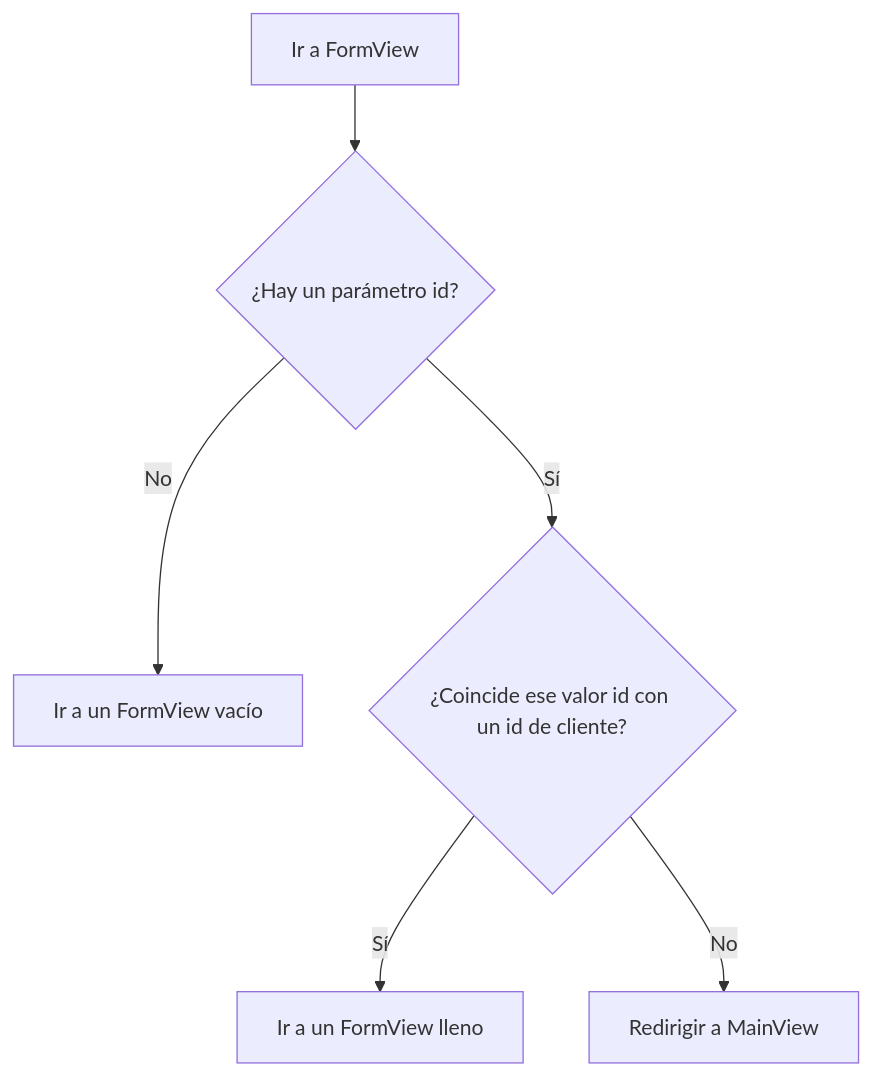
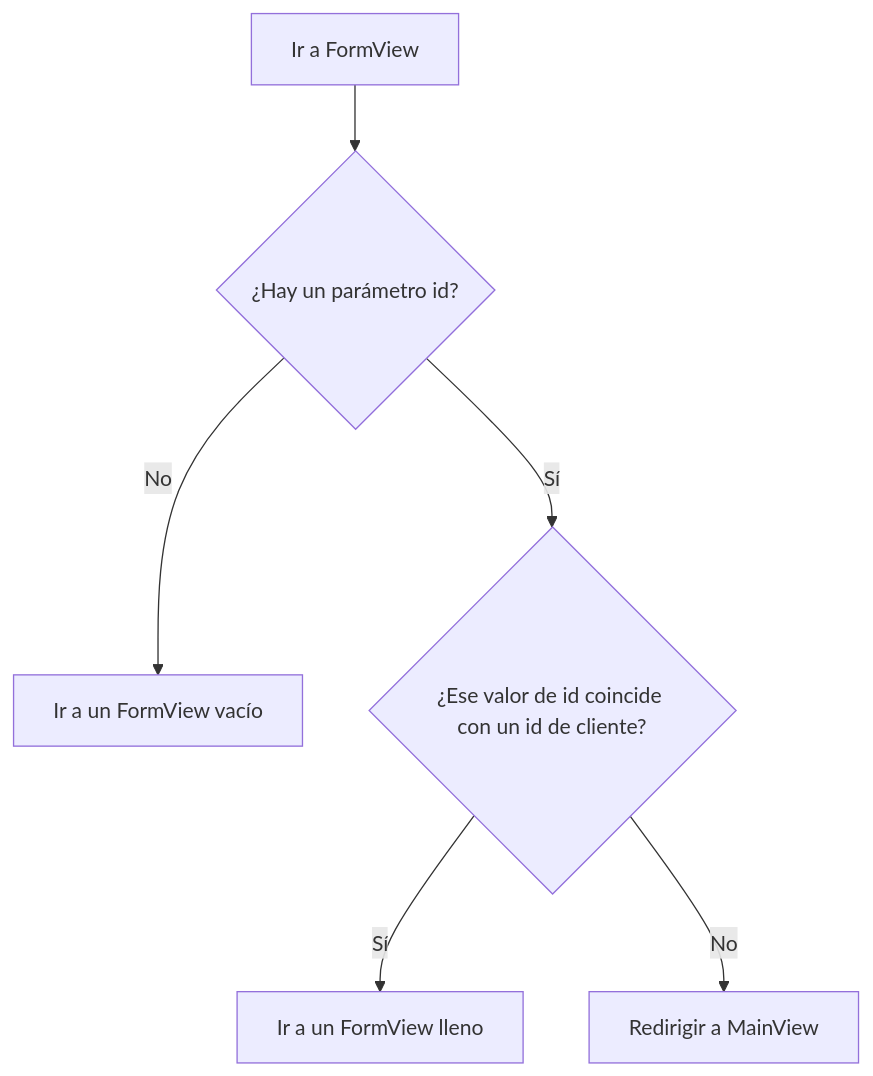
One commit to webforj/webforj-documentation changed the diagram in docs/i18n/es/docusaurus-plugin-content-docs/current/introduction/tutorial/observers-and-route-parameters.md. Above: the diagram before and after it, drawn with Mermaid. The commit also changed other lines of this file and 589 other files, not shown here.

````diff
--- a/docs/i18n/es/docusaurus-plugin-content-docs/current/introduction/tutorial/observers-and-route-parameters.md
+++ b/docs/i18n/es/docusaurus-plugin-content-docs/current/introduction/tutorial/observers-and-route-parameters.md
@@ -72,8 +74,8 @@
 ```mermaid
 flowchart TD
     A[Ir a FormView] --> B{¿Hay un parámetro id?}
     B -->|No| C[Ir a un FormView vacío]
-    B -->|Sí| D{¿Coincide ese valor id con un id de cliente?}
+    B -->|Sí| D{¿Ese valor de id coincide con un id de cliente?}
     D -->|Sí| E[Ir a un FormView lleno]
     D -->|No| F[Redirigir a MainView]
 ```
````
